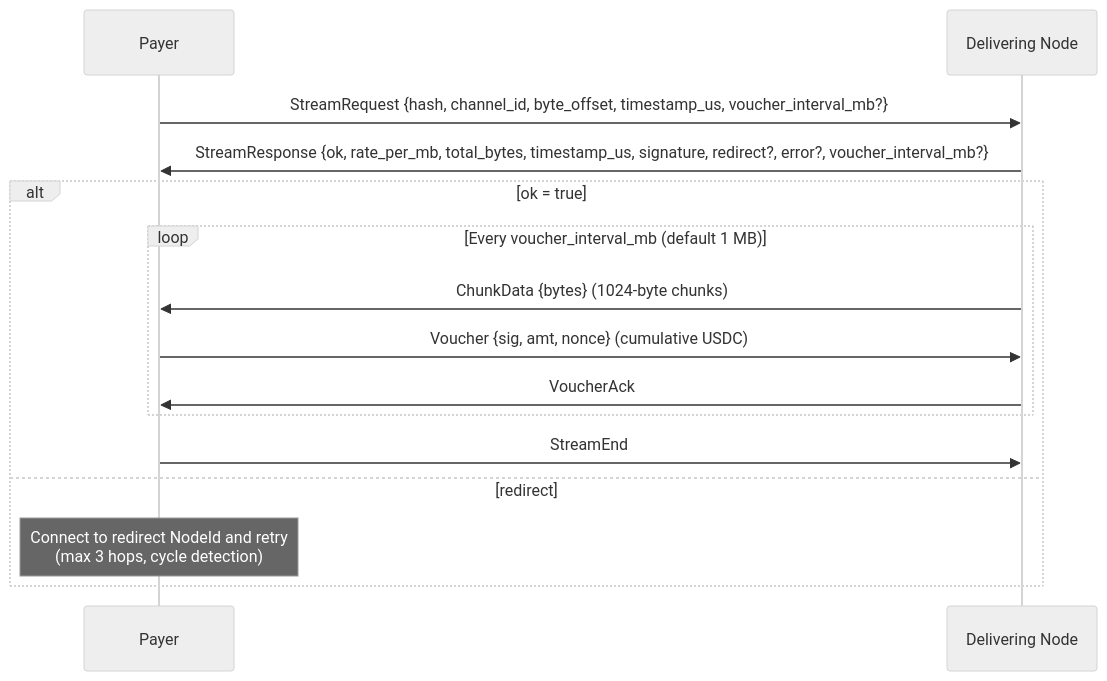
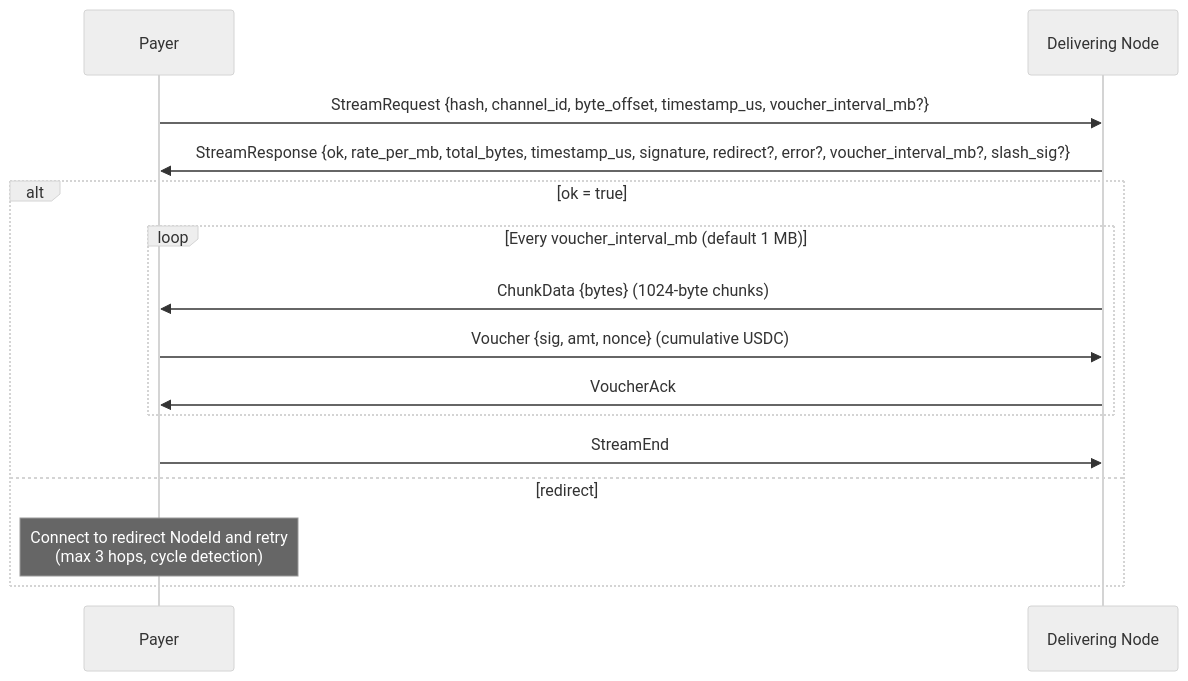
The second of 4 diagrams in adr/005-protocol.md (decdn/decdn), drawn with Mermaid (neutral theme) before and after one commit. The commit also changed other lines of this file and 7 other files, not shown here.

````diff
--- a/adr/005-protocol.md
+++ b/adr/005-protocol.md
@@ -88,19 +88,19 @@
 ```mermaid
 sequenceDiagram
     participant P as Payer
     participant D as Delivering Node
 
     P->>D: StreamRequest {hash, channel_id, byte_offset, timestamp_us, voucher_interval_mb?}
-    D->>P: StreamResponse {ok, rate_per_mb, total_bytes, timestamp_us, signature, redirect?, error?, voucher_interval_mb?}
+    D->>P: StreamResponse {ok, rate_per_mb, total_bytes, timestamp_us, signature, redirect?, error?, voucher_interval_mb?, slash_sig?}
 
     alt ok = true
         loop Every voucher_interval_mb (default 1 MB)
             D->>P: ChunkData {bytes} (1024-byte chunks)
             P->>D: Voucher {sig, amt, nonce} (cumulative USDC)
             D->>P: VoucherAck
         end
         P->>D: StreamEnd
     else redirect
         Note over P: Connect to redirect NodeId and retry<br/>(max 3 hops, cycle detection)
     end
 ```
````
